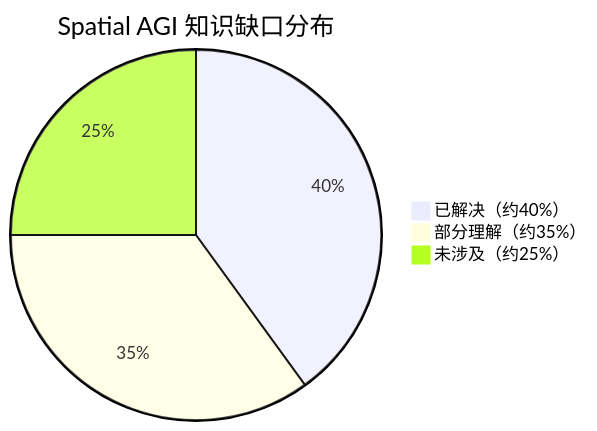
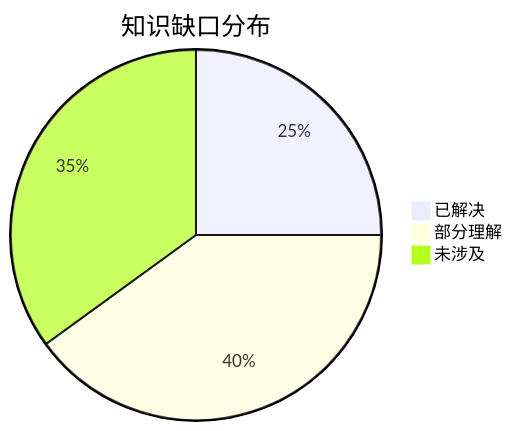
The fourth of 4 diagrams in daily_thinking/2026-08-05.md (ahangchen/spatial_agi), drawn with Mermaid before and after one commit. The commit also changed other lines of this file and 6 other files, not shown here.

````diff
--- a/daily_thinking/2026-08-05.md
+++ b/daily_thinking/2026-08-05.md
@@ -279,6 +354,6 @@
 ```mermaid
-pie title Spatial AGI 知识缺口分布
-    "已解决（约40%）" : 40
-    "部分理解（约35%）" : 35
-    "未涉及（约25%）" : 25
+pie title 知识缺口分布
+    "已解决" : 25
+    "部分理解" : 40
+    "未涉及" : 35
 ```
````
